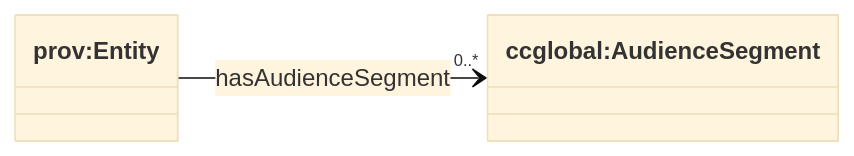
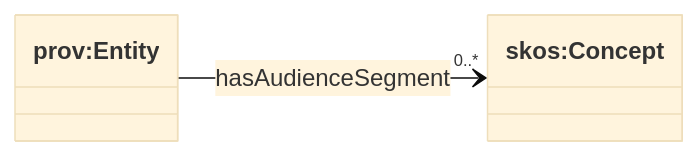
Before and after one commit to RichCanvas3/churchcore: the diagram in packages/churchcore-global/docs/ontology/audience.md, drawn with Mermaid (base theme). The commit also changed other lines of this file and 8 other files, not shown here.

````diff
--- a/packages/churchcore-global/docs/ontology/audience.md
+++ b/packages/churchcore-global/docs/ontology/audience.md
@@ -15,9 +15,9 @@
 ```mermaid
 classDiagram
 direction LR
 
 class prov_Entity["prov:Entity"]
-class ccglobal_AudienceSegment["ccglobal:AudienceSegment"]
+class skos_Concept["skos:Concept"]
 
-prov_Entity --> "0..*" ccglobal_AudienceSegment : hasAudienceSegment
+prov_Entity --> "0..*" skos_Concept : hasAudienceSegment
 ```
````
